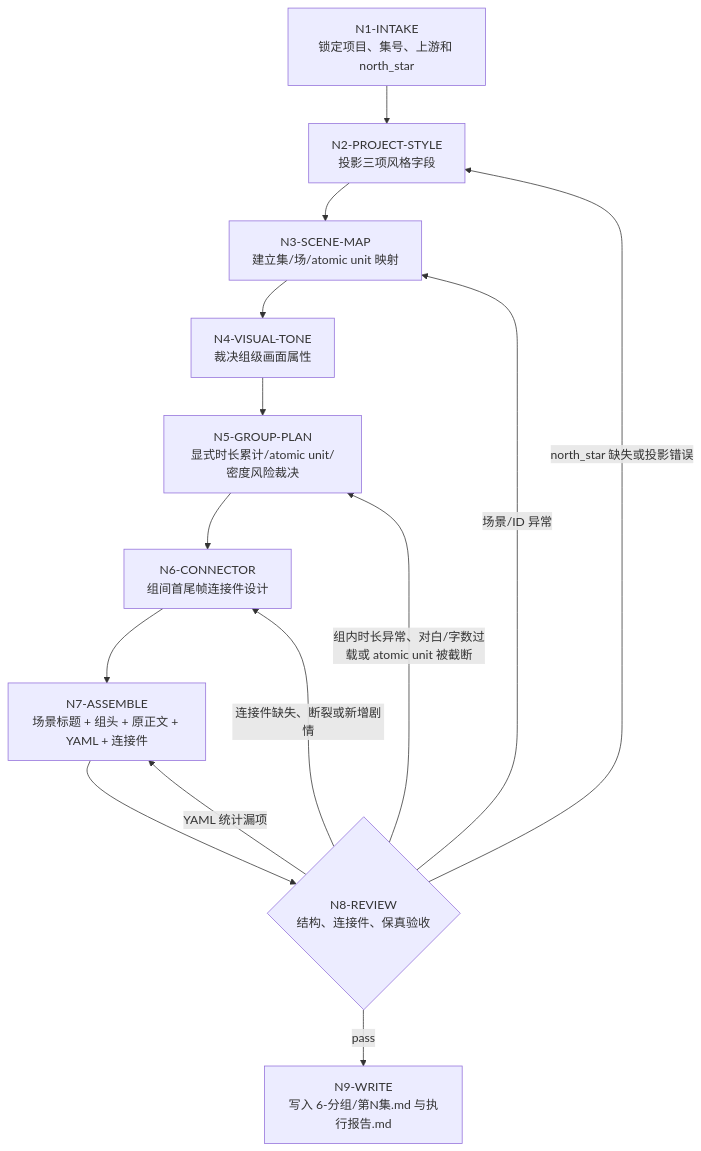
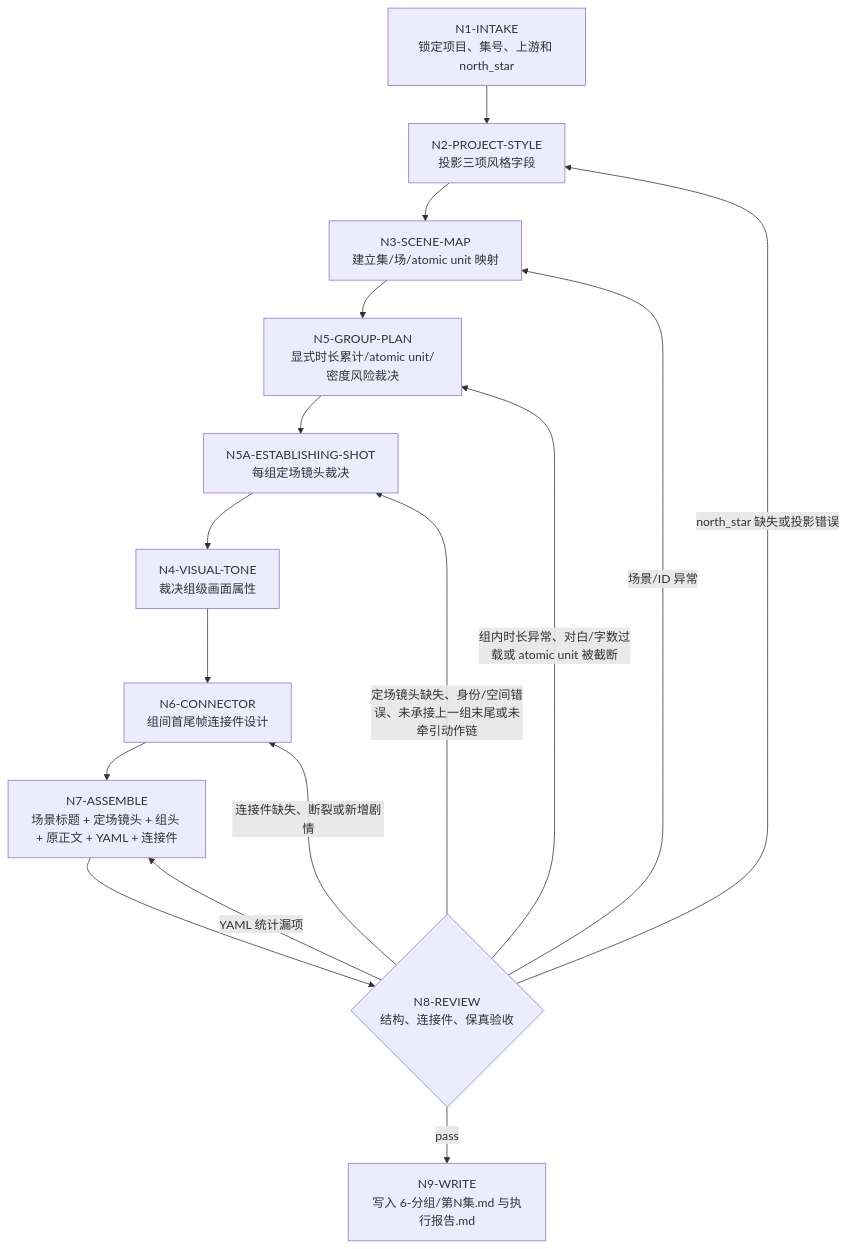
One commit to ZEN-VOID/AI-CUT changed the first of 3 diagrams in .agents/skills/aigc/6-分组/steps/grouping-workflow.md. Above: the diagram before and after it, drawn with Mermaid. The commit also changed other lines of this file and 86 other files, not shown here.

````diff
--- a/.agents/skills/aigc/6-分组/steps/grouping-workflow.md
+++ b/.agents/skills/aigc/6-分组/steps/grouping-workflow.md
@@ -19,16 +19,18 @@
 ```mermaid
 flowchart TD
     N1["N1-INTAKE<br/>锁定项目、集号、上游和 north_star"] --> N2["N2-PROJECT-STYLE<br/>投影三项风格字段"]
     N2 --> N3["N3-SCENE-MAP<br/>建立集/场/atomic unit 映射"]
-    N3 --> N4["N4-VISUAL-TONE<br/>裁决组级画面属性"]
-    N4 --> N5["N5-GROUP-PLAN<br/>显式时长累计/atomic unit/密度风险裁决"]
-    N5 --> N6["N6-CONNECTOR<br/>组间首尾帧连接件设计"]
-    N6 --> N7["N7-ASSEMBLE<br/>场景标题 + 组头 + 原正文 + YAML + 连接件"]
+    N3 --> N5["N5-GROUP-PLAN<br/>显式时长累计/atomic unit/密度风险裁决"]
+    N5 --> N5A["N5A-ESTABLISHING-SHOT<br/>每组定场镜头裁决"]
+    N5A --> N4["N4-VISUAL-TONE<br/>裁决组级画面属性"]
+    N4 --> N6["N6-CONNECTOR<br/>组间首尾帧连接件设计"]
+    N6 --> N7["N7-ASSEMBLE<br/>场景标题 + 定场镜头 + 组头 + 原正文 + YAML + 连接件"]
     N7 --> N8{"N8-REVIEW<br/>结构、连接件、保真验收"}
     N8 -->|"pass"| N9["N9-WRITE<br/>写入 6-分组/第N集.md 与执行报告.md"]
     N8 -->|"north_star 缺失或投影错误"| N2
     N8 -->|"场景/ID 异常"| N3
     N8 -->|"组内时长异常、对白/字数过载或 atomic unit 被截断"| N5
+    N8 -->|"定场镜头缺失、身份/空间错误、未承接上一组末尾或未牵引动作链"| N5A
     N8 -->|"连接件缺失、断裂或新增剧情"| N6
     N8 -->|"YAML 统计漏项"| N7
 ```
````
